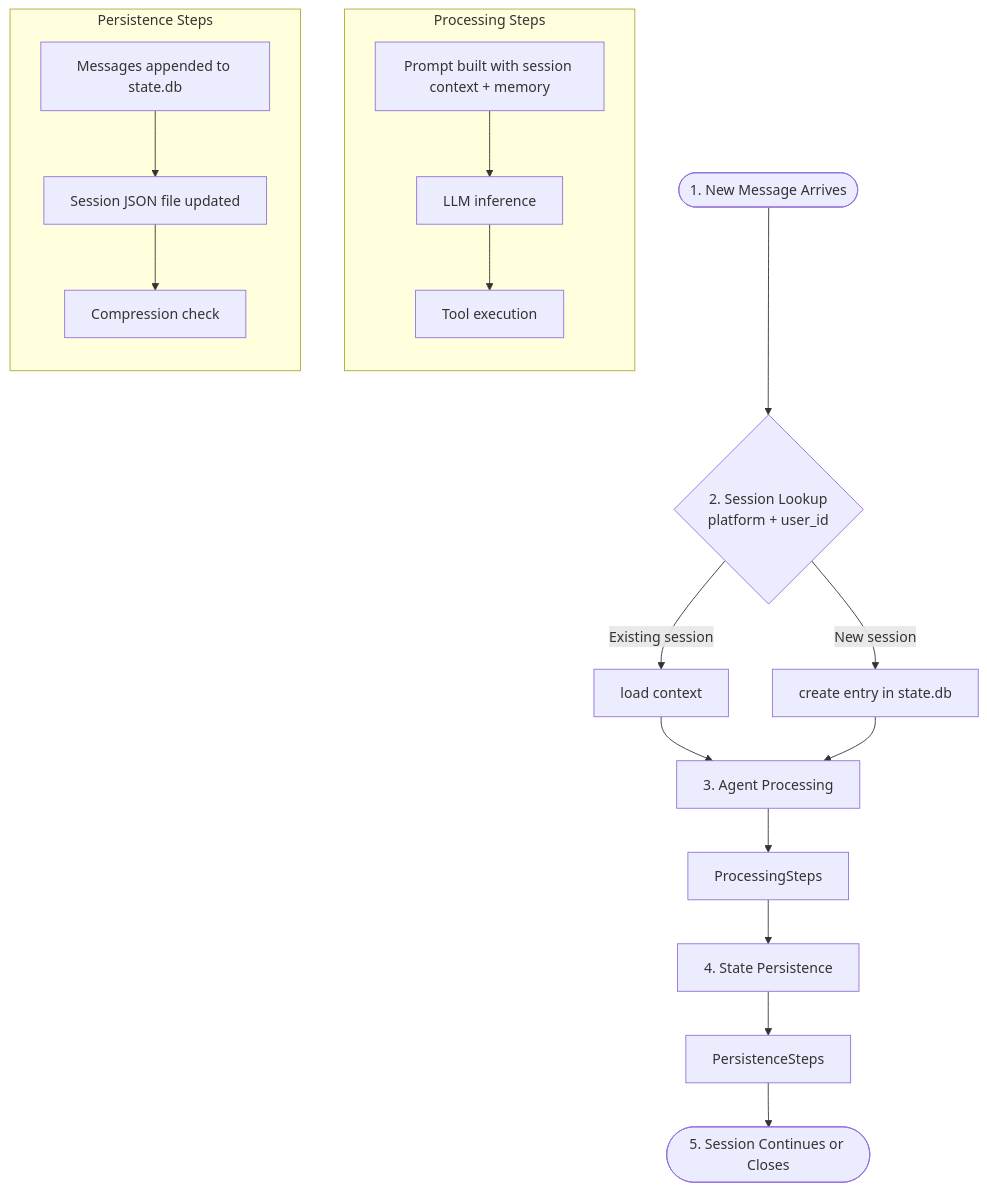
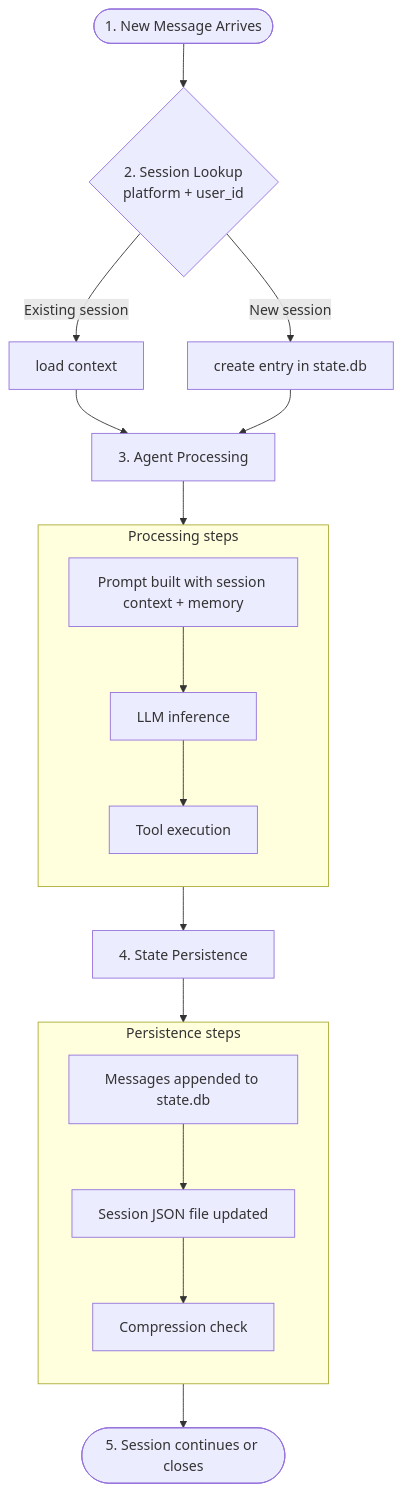
The first of 2 diagrams in docs/agents/hermes/sessions.md (docxology/codomyrmex), drawn with Mermaid before and after one commit. The commit also changed other lines of this file and 86 other files, not shown here.

````diff
--- a/docs/agents/hermes/sessions.md
+++ b/docs/agents/hermes/sessions.md
@@ -11,27 +11,27 @@
 ```mermaid
 flowchart TD
     NewMsg([1. New Message Arrives]) --> Lookup{2. Session Lookup<br/>platform + user_id}
     Lookup -->|Existing session| Load[load context]
     Lookup -->|New session| Create[create entry in state.db]
-    
+
     Load --> Process[3. Agent Processing]
     Create --> Process
-    
-    subgraph Processing Steps
+
+    subgraph procSteps [Processing steps]
         direction TB
         P1[Prompt built with session context + memory] --> P2[LLM inference]
         P2 --> P3[Tool execution]
     end
-    Process --> ProcessingSteps
-    
-    ProcessingSteps --> Persist[4. State Persistence]
-    
-    subgraph Persistence Steps
+    Process --> P1
+
+    P3 --> Persist[4. State Persistence]
+
+    subgraph persistSteps [Persistence steps]
         direction TB
         S1[Messages appended to state.db] --> S2[Session JSON file updated]
         S2 --> S3[Compression check]
     end
-    Persist --> PersistenceSteps
-    
-    PersistenceSteps --> End([5. Session Continues or Closes])
+    Persist --> S1
+
+    S3 --> SessionEnd([5. Session continues or closes])
 ```
````
